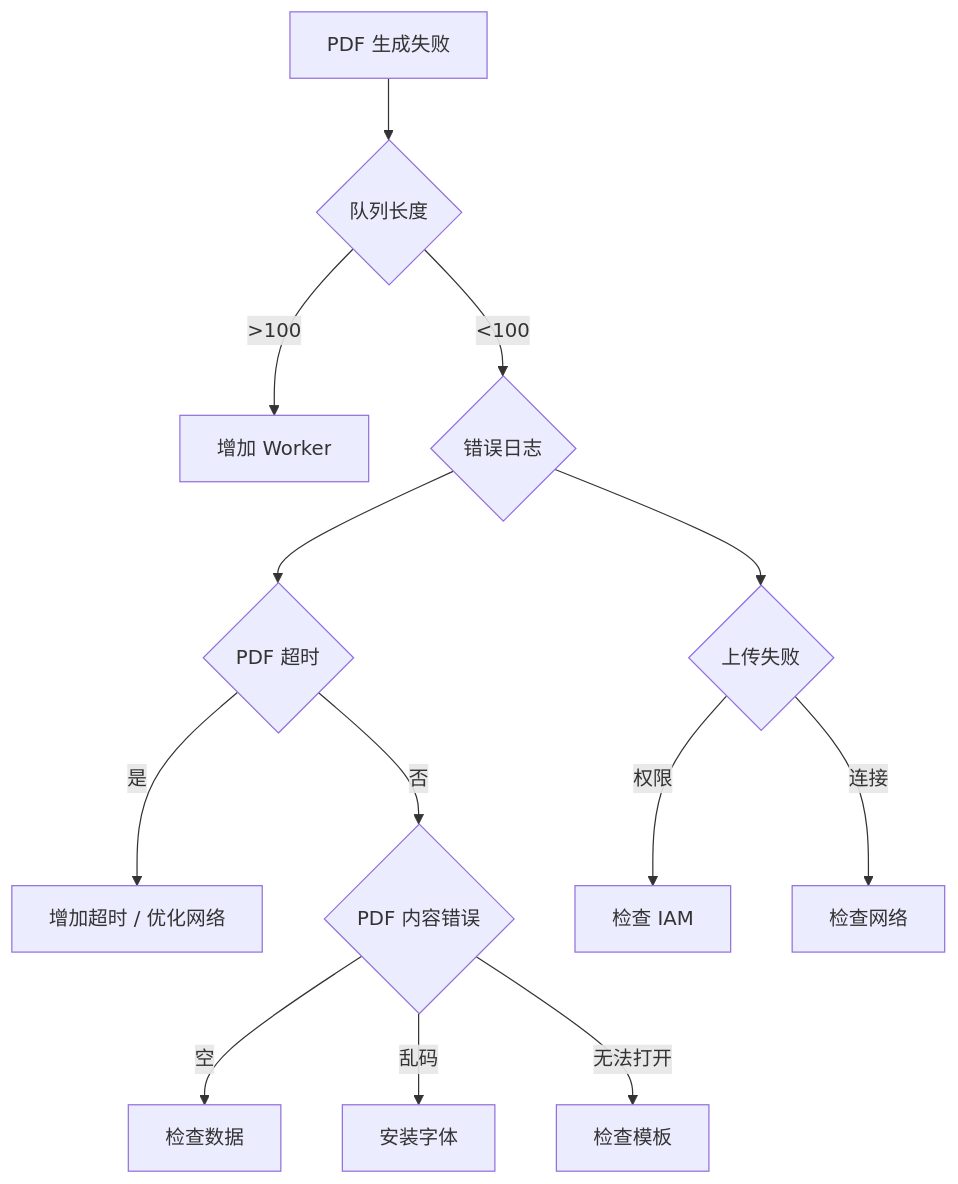
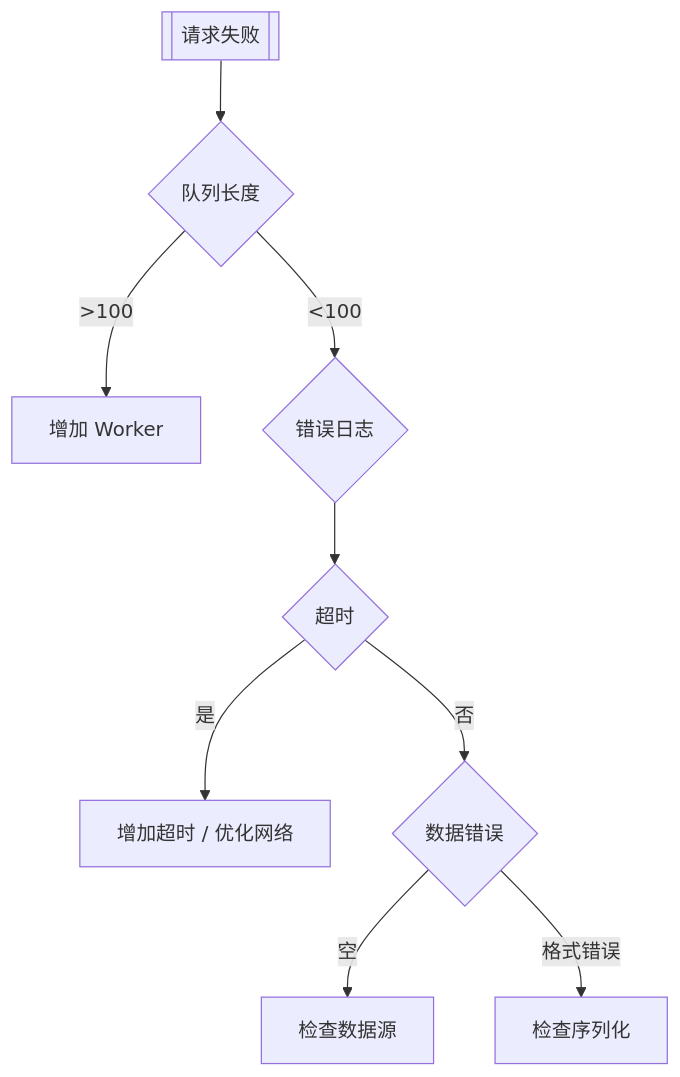
One commit to Wanxian-Liu/sindri changed the second of 2 diagrams in roles/strategy/strategy-technical-writer.md. Above: the diagram before and after it, drawn with Mermaid. The commit also changed other lines of this file and 3 other files, not shown here.

````diff
--- a/roles/strategy/strategy-technical-writer.md
+++ b/roles/strategy/strategy-technical-writer.md
@@ -699,18 +619,13 @@
 ```mermaid
 flowchart TD
-    A[PDF 生成失败] --> B{队列长度}
+    A[[请求失败]] --> B{队列长度}
     B -->|>100| C[增加 Worker]
     B -->|<100| D{错误日志}
 
-    D --> E{PDF 超时}
+    D --> E{超时}
     E -->|是| F[增加超时 / 优化网络]
-    E -->|否| G{PDF 内容错误}
+    E -->|否| G{数据错误}
 
-    G -->|空| H[检查数据]
-    G -->|乱码| I[安装字体]
-    G -->|无法打开| J[检查模板]
-
-    D --> K{上传失败}
-    K -->|权限| L[检查 IAM]
-    K -->|连接| M[检查网络]
+    G -->|空| H[检查数据源]
+    G -->|格式错误| I[检查序列化]
 ```
````
